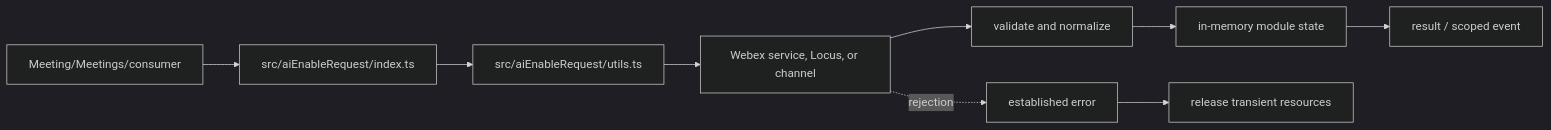
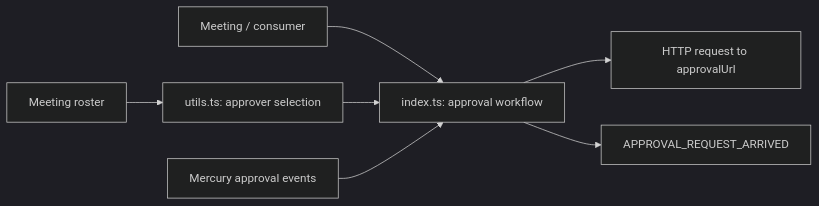
One commit to webex/webex-js-sdk changed the first of 4 diagrams in packages/@webex/plugin-meetings/src/aiEnableRequest/ai-docs/ai-enable-request-spec.md. Above: the diagram before and after it, drawn with Mermaid (dark theme). The commit also changed other lines of this file and 26 other files, not shown here.

````diff
--- a/packages/@webex/plugin-meetings/src/aiEnableRequest/ai-docs/ai-enable-request-spec.md
+++ b/packages/@webex/plugin-meetings/src/aiEnableRequest/ai-docs/ai-enable-request-spec.md
@@ -96,11 +98,9 @@
 ```mermaid
 flowchart LR
-  Caller[Meeting/Meetings/consumer] --> Entry[src/aiEnableRequest/index.ts]
-  Entry --> Support[src/aiEnableRequest/utils.ts]
-  Support --> Boundary[Webex service, Locus, or channel]
-  Boundary --> Normalize[validate and normalize]
-  Normalize --> State[in-memory module state]
-  State --> Output[result / scoped event]
-  Boundary -. rejection .-> Error[established error]
-  Error --> Cleanup[release transient resources]
+  Roster[Meeting roster] --> Selector[utils.ts: approver selection]
+  Caller[Meeting / consumer] --> Controller[index.ts: approval workflow]
+  Selector --> Controller
+  Mercury[Mercury approval events] --> Controller
+  Controller --> Approval[HTTP request to approvalUrl]
+  Controller --> Event[APPROVAL_REQUEST_ARRIVED]
 ```
````
